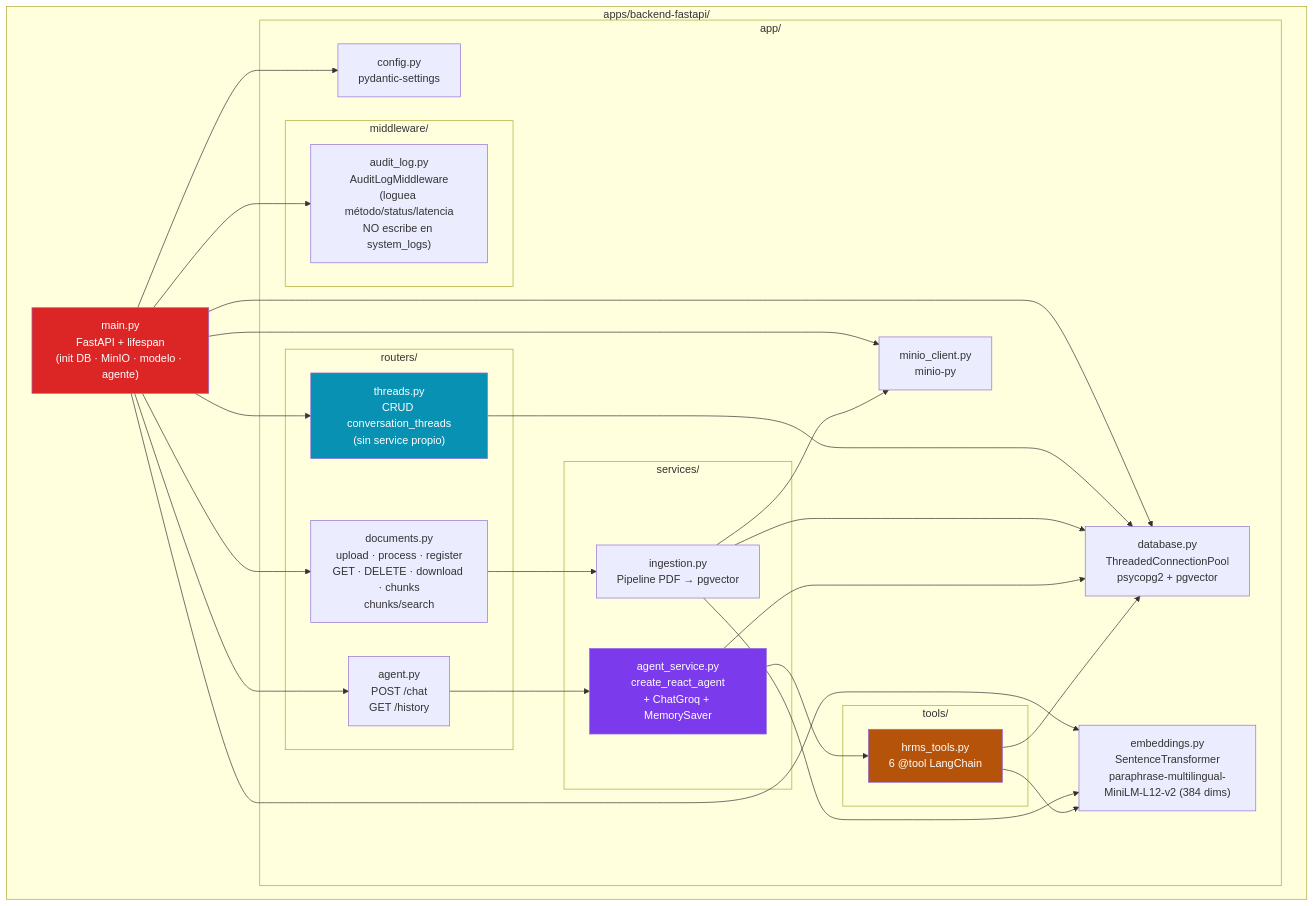
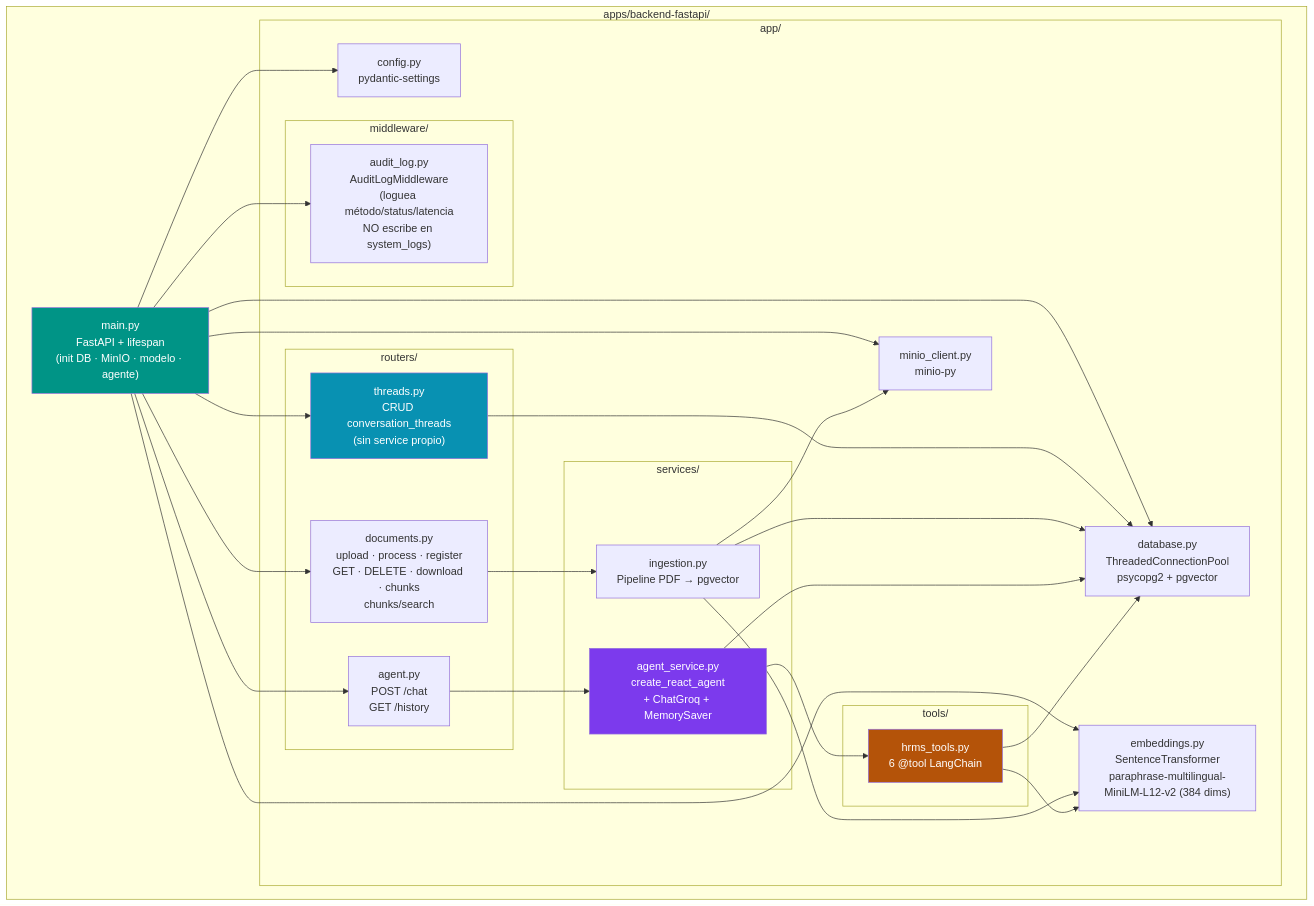
The seventh of 13 diagrams in ARCHITECTURE.md (marianodr/kuaai-intelligent-hrms), drawn with Mermaid before and after one commit. The commit also changed other lines of this file, not shown here.

First line of the commit message:
docs: actualizar paleta de colores de los diagramas en ARCHITECTURE.md

````diff
--- a/ARCHITECTURE.md
+++ b/ARCHITECTURE.md
@@ -357,57 +357,57 @@
 ```mermaid
 graph TB
     subgraph "apps/backend-fastapi/"
         MAIN["main.py\nFastAPI + lifespan\n(init DB · MinIO · modelo · agente)"]
 
         subgraph "app/"
             CONFIG2["config.py\npydantic-settings"]
             DB["database.py\nThreadedConnectionPool\npsycopg2 + pgvector"]
             MINIO2["minio_client.py\nminio-py"]
             EMB["embeddings.py\nSentenceTransformer\nparaphrase-multilingual-MiniLM-L12-v2 (384 dims)"]
 
             subgraph "routers/"
                 R_DOCS["documents.py\nupload · process · register\nGET · DELETE · download · chunks\nchunks/search"]
                 R_AGENT["agent.py\nPOST /chat\nGET /history"]
                 R_THREADS["threads.py\nCRUD conversation_threads\n(sin service propio)"]
             end
 
             subgraph "middleware/"
                 MW_AUDIT["audit_log.py\nAuditLogMiddleware\n(loguea método/status/latencia\nNO escribe en system_logs)"]
             end
 
             subgraph "services/"
                 S_ING["ingestion.py\nPipeline PDF → pgvector"]
                 S_AGT["agent_service.py\ncreate_react_agent\n+ ChatGroq + MemorySaver"]
             end
 
             subgraph "tools/"
                 TOOLS["hrms_tools.py\n6 @tool LangChain"]
             end
         end
     end
 
     MAIN --> CONFIG2
     MAIN --> DB
     MAIN --> MINIO2
     MAIN --> EMB
     MAIN --> MW_AUDIT
     MAIN --> R_DOCS
     MAIN --> R_AGENT
     MAIN --> R_THREADS
 
     R_DOCS --> S_ING
     R_AGENT --> S_AGT
     R_THREADS --> DB
     S_ING --> DB
     S_ING --> MINIO2
     S_ING --> EMB
     S_AGT --> TOOLS
     S_AGT --> DB
     TOOLS --> DB
     TOOLS --> EMB
 
-    style MAIN fill:#dc2626,color:#fff
+    style MAIN fill:#009486,color:#fff
     style S_AGT fill:#7c3aed,color:#fff
     style TOOLS fill:#b45309,color:#fff
     style R_THREADS fill:#0891b2,color:#fff
 ```
````
